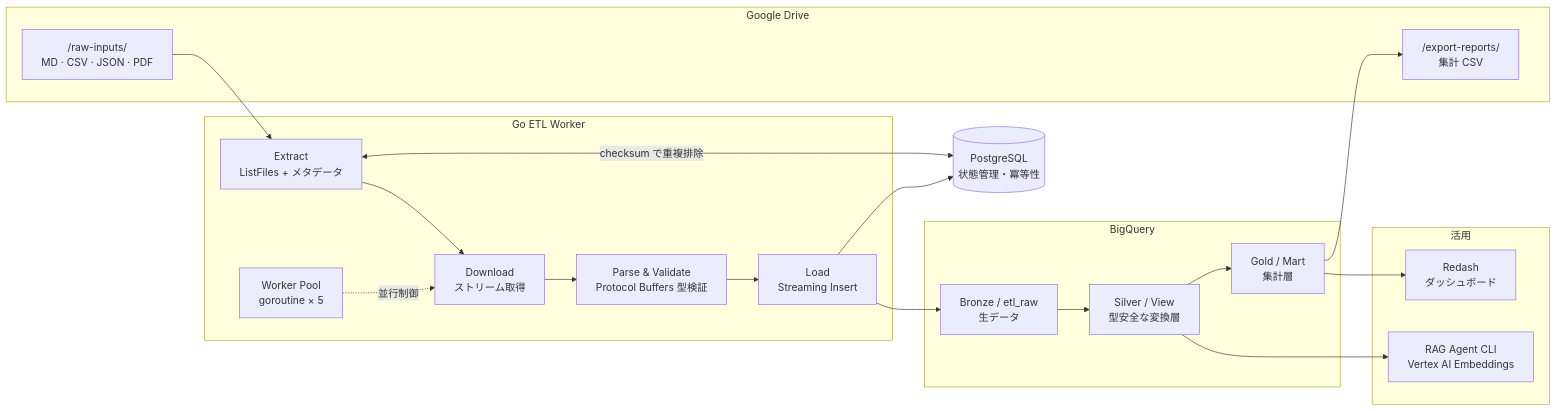
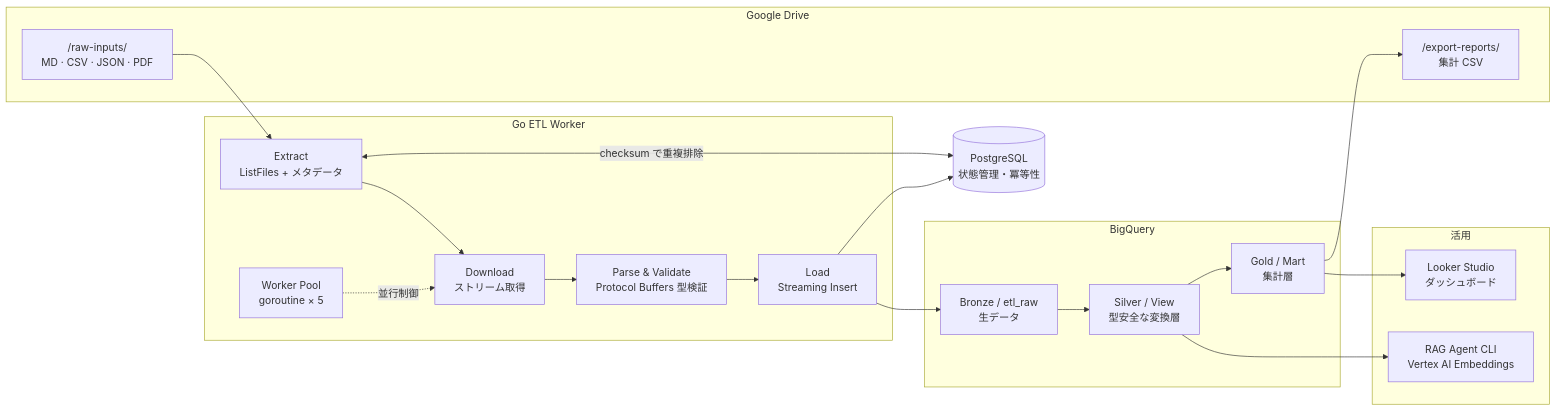
The diagram in README.md (qei-2027-700/go-drive-etl), drawn with Mermaid before and after one commit. The commit also changed other lines of this file and 1 other file, not shown here.

First line of the commit message:
docs: switch BI tool to Looker Studio and sync docs with implementation (#75)

````diff
--- a/README.md
+++ b/README.md
@@ -26,37 +26,37 @@
 ```mermaid
 flowchart LR
     subgraph SRC["Google Drive"]
         RAW["/raw-inputs/<br/>MD · CSV · JSON · PDF"]
         OUT["/export-reports/<br/>集計 CSV"]
     end
 
     subgraph GO["Go ETL Worker"]
         EX["Extract<br/>ListFiles + メタデータ"]
         DL["Download<br/>ストリーム取得"]
         PV["Parse & Validate<br/>Protocol Buffers 型検証"]
         LD["Load<br/>Streaming Insert"]
         WP["Worker Pool<br/>goroutine × 5"]
     end
 
     PG[("PostgreSQL<br/>状態管理・冪等性")]
 
     subgraph BQ["BigQuery"]
         BRONZE["Bronze / etl_raw<br/>生データ"]
         SILVER["Silver / View<br/>型安全な変換層"]
         GOLD["Gold / Mart<br/>集計層"]
     end
 
     subgraph CONS["活用"]
-        REDASH["Redash<br/>ダッシュボード"]
+        LOOKER["Looker Studio<br/>ダッシュボード"]
         RAG["RAG Agent CLI<br/>Vertex AI Embeddings"]
     end
 
     RAW --> EX --> DL --> PV --> LD
     WP -.並行制御.-> DL
     EX <-->|checksum で重複排除| PG
     LD --> PG
     LD --> BRONZE --> SILVER --> GOLD
     GOLD --> OUT
-    GOLD --> REDASH
+    GOLD --> LOOKER
     SILVER --> RAG
 ```
````
